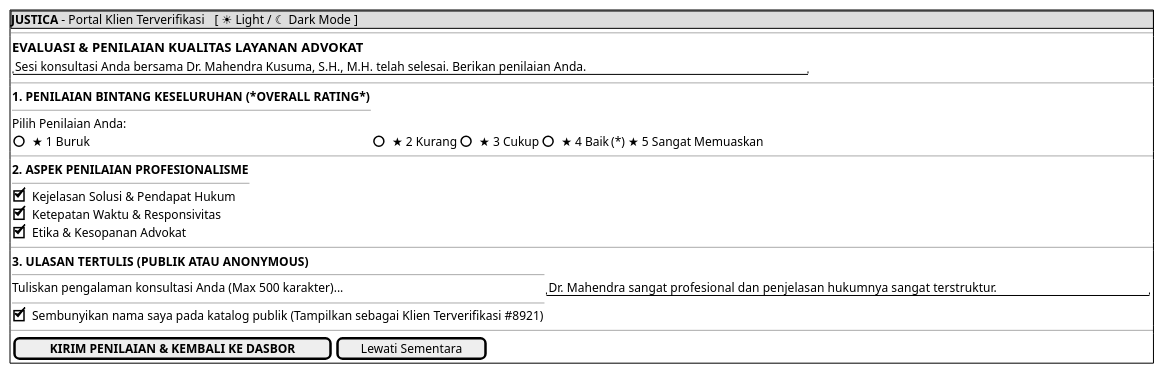
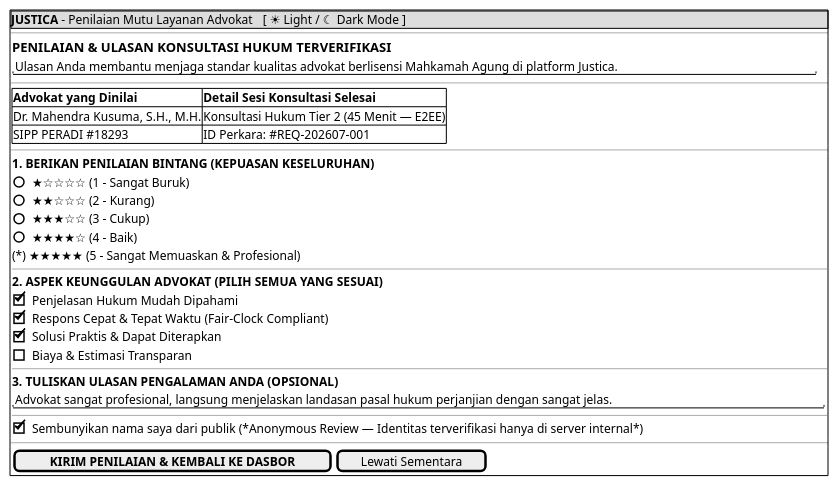
The diagram in JustifiqaMockups/mockup_ori/MOCK-J-CL-07_Modal_Rating_Ulasan.md (tupperwureism/SuperApp-Gagal), drawn with PlantUML before and after one commit. The commit also changed other lines of this file and 11 other files, not shown here.

````diff
--- a/JustifiqaMockups/mockup_ori/MOCK-J-CL-07_Modal_Rating_Ulasan.md
+++ b/JustifiqaMockups/mockup_ori/MOCK-J-CL-07_Modal_Rating_Ulasan.md
@@ -17,39 +17,44 @@
 ```plantuml
 @startsalt
 {+
-  {* <b>JUSTICA</b> - Portal Klien Terverifikasi | [ ☀ Light / ☾ Dark Mode ] }
+  {* <b>JUSTICA</b> - Penilaian Mutu Layanan Advokat | [ ☀ Light / ☾ Dark Mode ] }
   --
   {
-    === EVALUASI & PENILAIAN KUALITAS LAYANAN ADVOKAT
-    "Sesi konsultasi Anda bersama Dr. Mahendra Kusuma, S.H., M.H. telah selesai. Berikan penilaian Anda."
+    === PENILAIAN & ULASAN KONSULTASI HUKUM TERVERIFIKASI
+    "Ulasan Anda membantu menjaga standar kualitas advokat berlisensi Mahkamah Agung di platform Justica."
   }
   --
   {
-    <b>1. PENILAIAN BINTANG KESELURUHAN (*OVERALL RATING*)</b>
-    --
-    Pilih Penilaian Anda:
-    () ★ 1 Buruk | () ★ 2 Kurang | () ★ 3 Cukup | () ★ 4 Baik | (*) ★ 5 Sangat Memuaskan
+    {#
+      <b>Advokat yang Dinilai</b> | <b>Detail Sesi Konsultasi Selesai</b>
+      Dr. Mahendra Kusuma, S.H., M.H. | Konsultasi Hukum Tier 2 (45 Menit — E2EE)
+      SIPP PERADI #18293              | ID Perkara: #REQ-202607-001
+    }
   }
   --
   {
-    <b>2. ASPEK PENILAIAN PROFESIONALISME</b>
+    <b>1. BERIKAN PENILAIAN BINTANG (KEPUASAN KESELURUHAN)</b>
+    () ★☆☆☆☆ (1 - Sangat Buruk)
+    () ★★☆☆☆ (2 - Kurang)
+    () ★★★☆☆ (3 - Cukup)
+    () ★★★★☆ (4 - Baik)
+    (*) ★★★★★ (5 - Sangat Memuaskan & Profesional)
     --
-    [X] Kejelasan Solusi & Pendapat Hukum
-    [X] Ketepatan Waktu & Responsivitas
-    [X] Etika & Kesopanan Advokat
-  }
-  --
-  {
-    <b>3. ULASAN TERTULIS (PUBLIK ATAU ANONYMOUS)</b>
+    <b>2. ASPEK KEUNGGULAN ADVOKAT (PILIH SEMUA YANG SESUAI)</b>
+    [X] Penjelasan Hukum Mudah Dipahami
+    [X] Respons Cepat & Tepat Waktu (Fair-Clock Compliant)
+    [X] Solusi Praktis & Dapat Diterapkan
+    [ ] Biaya & Estimasi Transparan
     --
-    Tuliskan pengalaman konsultasi Anda (Max 500 karakter)... | "Dr. Mahendra sangat profesional dan penjelasan hukumnya sangat terstruktur."
+    <b>3. TULISKAN ULASAN PENGALAMAN ANDA (OPSIONAL)</b>
+    "Advokat sangat profesional, langsung menjelaskan landasan pasal hukum perjanjian dengan sangat jelas."
     --
-    [X] Sembunyikan nama saya pada katalog publik (Tampilkan sebagai Klien Terverifikasi #8921)
+    [X] Sembunyikan nama saya dari publik (*Anonymous Review — Identitas terverifikasi hanya di server internal*)
   }
   --
   {
     [  <b>KIRIM PENILAIAN & KEMBALI KE DASBOR</b>  ] | [ Lewati Sementara ]
   }
 }
 @endsalt
 ```
````
